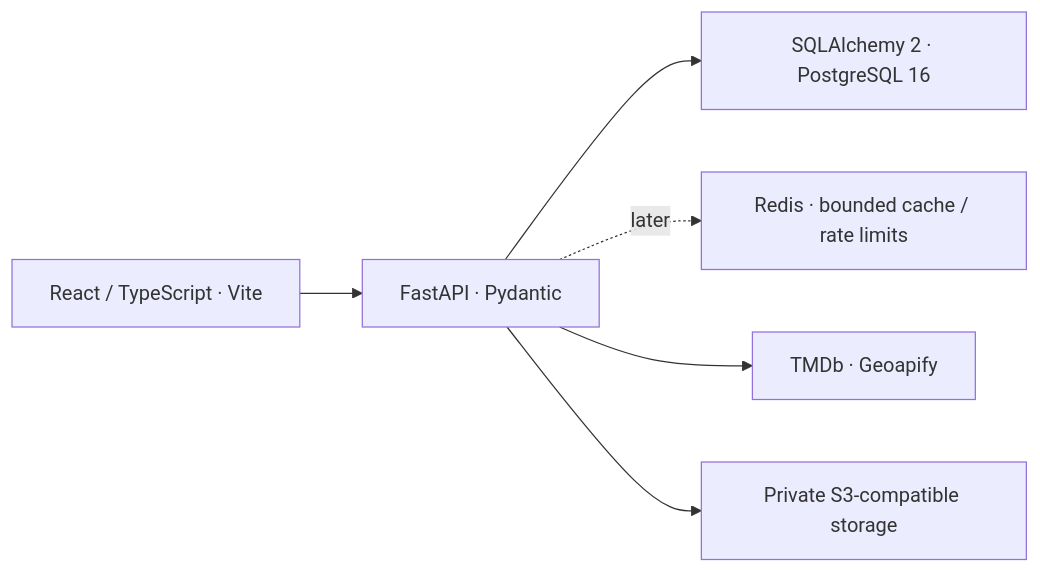
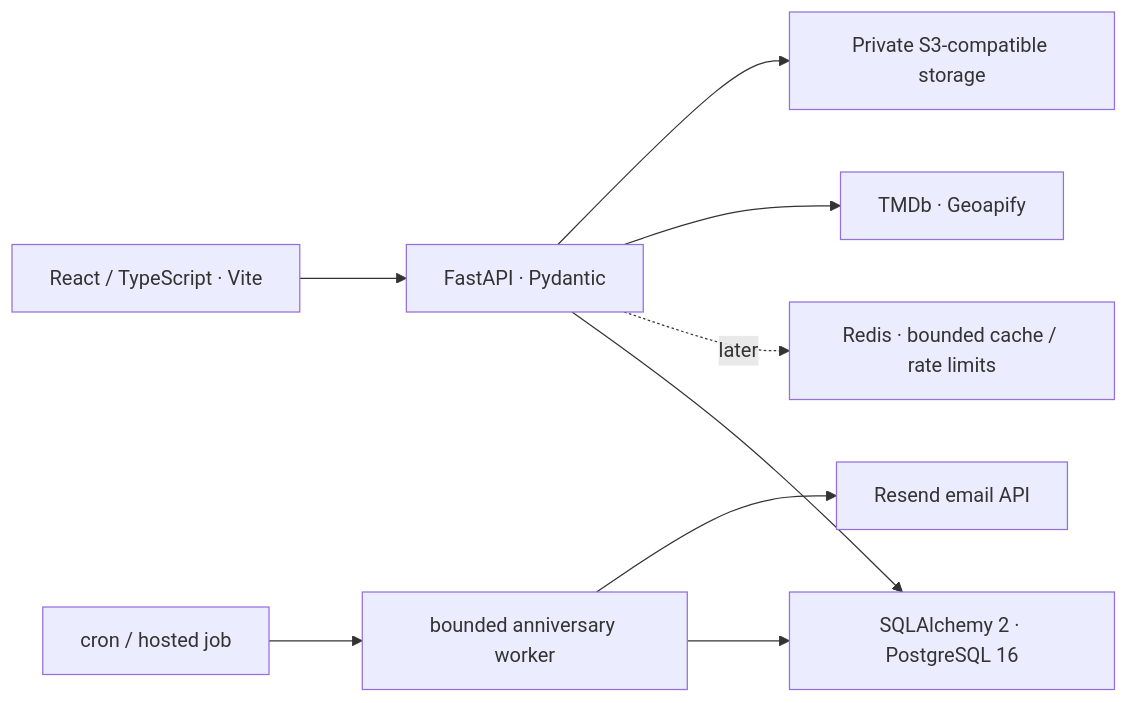
The diagram in docs/TARGET_ARCHITECTURE.md (RajRaghupatruni/movie-journal), drawn with Mermaid before and after one commit. The commit also changed other lines of this file and 26 other files, not shown here.

````diff
--- a/docs/TARGET_ARCHITECTURE.md
+++ b/docs/TARGET_ARCHITECTURE.md
@@ -5,8 +5,11 @@
 ```mermaid
 flowchart LR
   UI[React / TypeScript · Vite] --> API[FastAPI · Pydantic]
   API --> SQL[SQLAlchemy 2 · PostgreSQL 16]
   API -. later .-> Cache[Redis · bounded cache / rate limits]
   API --> Providers[TMDb · Geoapify]
   API --> Media[Private S3-compatible storage]
+  Scheduler[cron / hosted job] --> Worker[bounded anniversary worker]
+  Worker --> SQL
+  Worker --> Resend[Resend email API]
 ```
````
